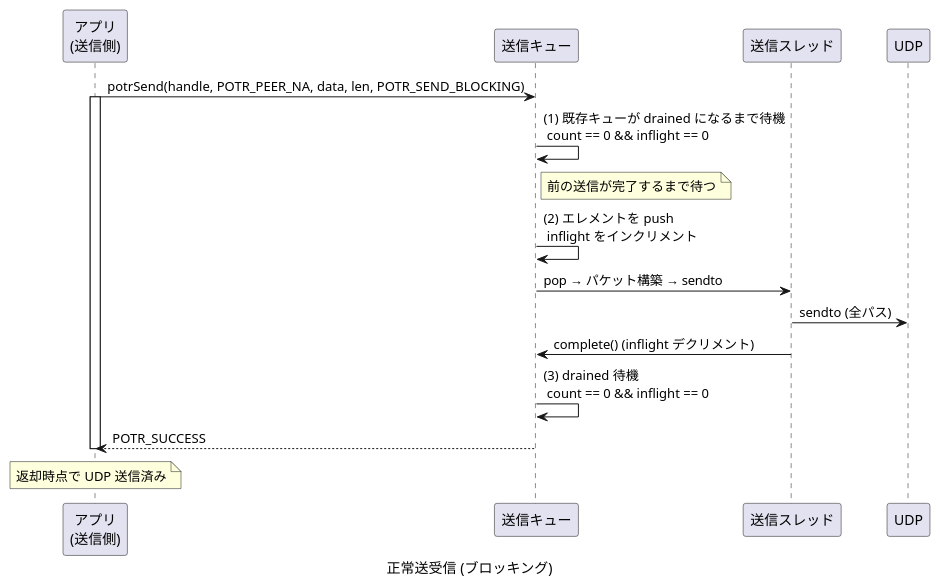
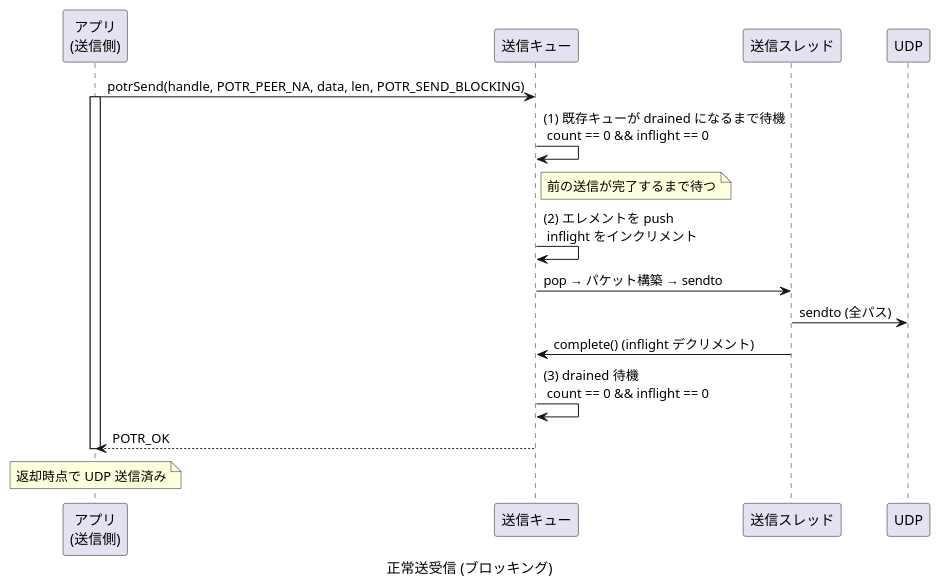
Before and after one commit to Hondarer/app_porter: the fourth of 30 diagrams in docs/sequence.md, drawn with PlantUML. The commit also changed other lines of this file and 61 other files, not shown here.

````diff
--- a/docs/sequence.md
+++ b/docs/sequence.md
@@ -118,30 +118,30 @@
 ```plantuml
 @startuml 正常送受信 (ブロッキング)
 caption 正常送受信 (ブロッキング)
 
 participant "アプリ\n(送信側)" as SAPP
 participant "送信キュー" as Q
 participant "送信スレッド" as ST
 participant "UDP" as UDP
 
 SAPP -> Q: potrSend(handle, POTR_PEER_NA, data, len, POTR_SEND_BLOCKING)
 activate SAPP
 
 Q -> Q: (1) 既存キューが drained になるまで待機\n count == 0 && inflight == 0
 note right of Q: 前の送信が完了するまで待つ
 
 Q -> Q: (2) エレメントを push\n inflight をインクリメント
 
 Q -> ST: pop → パケット構築 → sendto
 ST -> UDP: sendto (全パス)
 ST -> Q: complete() (inflight デクリメント)
 
 Q -> Q: (3) drained 待機\n count == 0 && inflight == 0
 
-Q --> SAPP: POTR_SUCCESS
+Q --> SAPP: POTR_OK
 deactivate SAPP
 
 note over SAPP: 返却時点で UDP 送信済み
 
 @enduml
 ```
````
